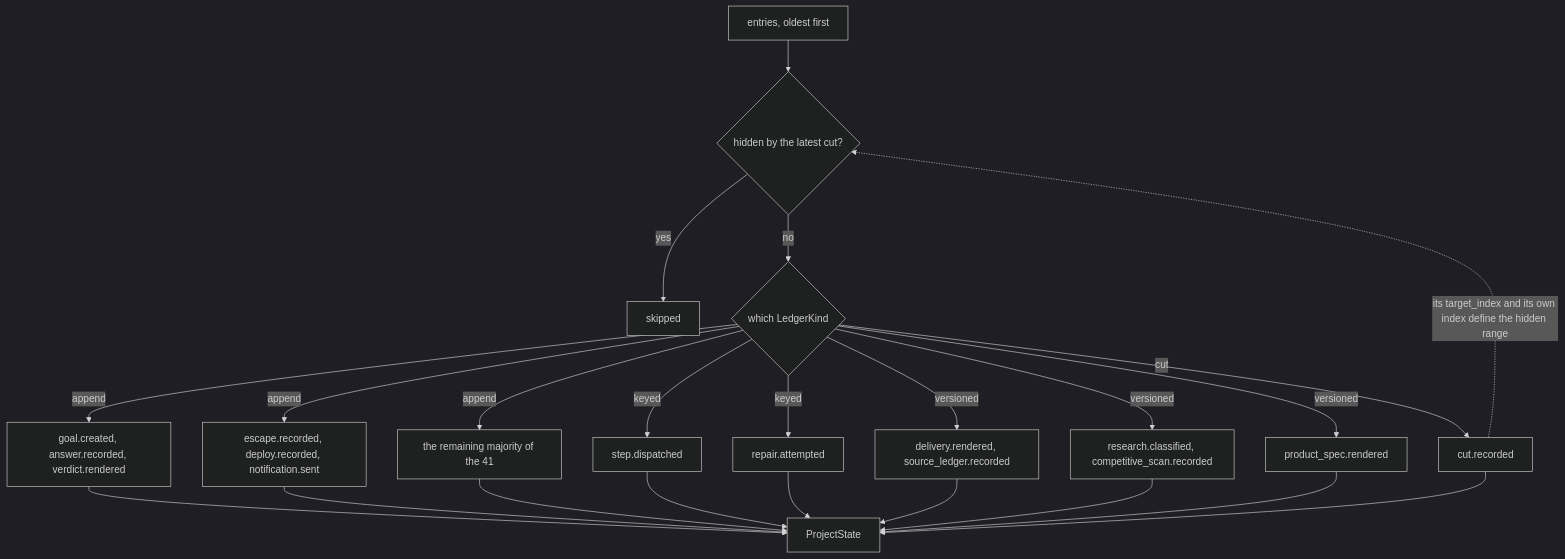
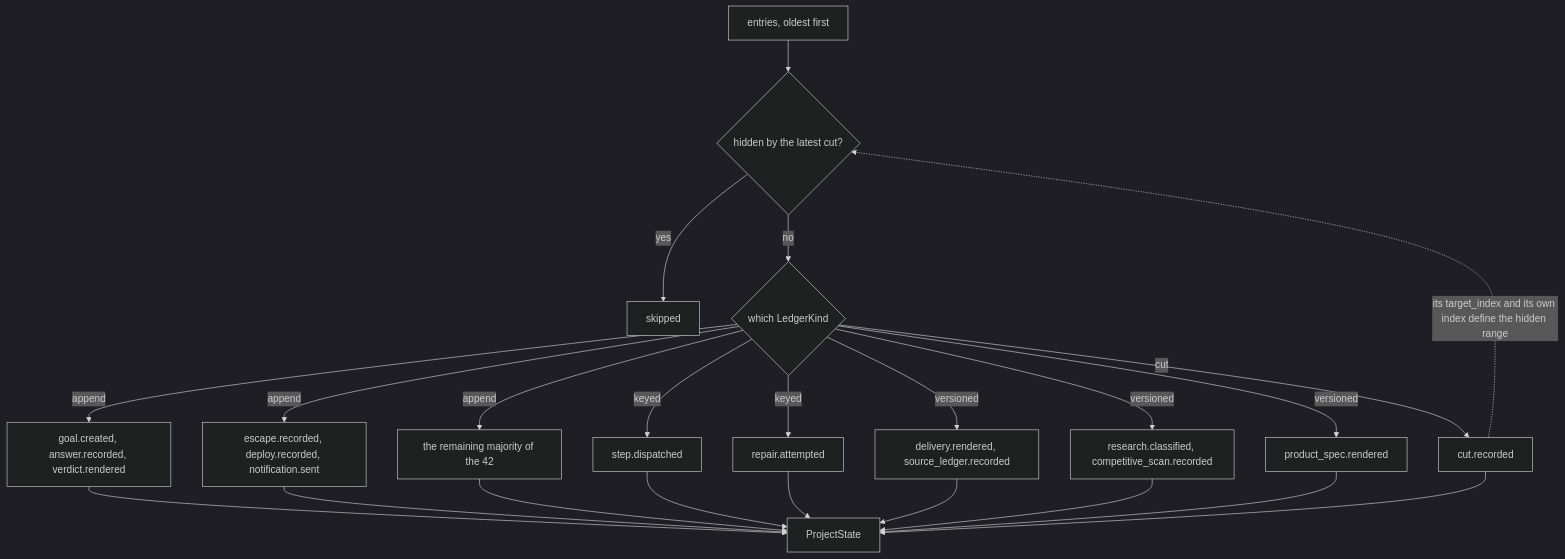
Before and after one commit to nyimbi/sofact: the ninth of 35 diagrams in README.md, drawn with Mermaid (dark theme). The commit also changed other lines of this file and 10 other files, not shown here.

````diff
--- a/README.md
+++ b/README.md
@@ -475,26 +475,26 @@
 ```mermaid
-%% fold(entries) -> ProjectState: the 41 LedgerKinds grouped by fold behaviour
+%% fold(entries) -> ProjectState: the 42 LedgerKinds grouped by fold behaviour
 flowchart TD
     E["entries, oldest first"] --> H{"hidden by the latest cut?"}
     H -->|"yes"| X["skipped"]
     H -->|"no"| K{"which LedgerKind"}
     K -->|"append"| A1["goal.created, answer.recorded, verdict.rendered"]
     K -->|"append"| A2["escape.recorded, deploy.recorded, notification.sent"]
-    K -->|"append"| A3["the remaining majority of the 41"]
+    K -->|"append"| A3["the remaining majority of the 42"]
     K -->|"keyed"| W1["step.dispatched"]
     K -->|"keyed"| W2["repair.attempted"]
     K -->|"versioned"| V1["delivery.rendered, source_ledger.recorded"]
     K -->|"versioned"| V2["research.classified, competitive_scan.recorded"]
     K -->|"versioned"| V3["product_spec.rendered"]
     K -->|"cut"| C1["cut.recorded"]
     A1 --> S["ProjectState"]
     A2 --> S
     A3 --> S
     W1 --> S
     W2 --> S
     V1 --> S
     V2 --> S
     V3 --> S
     C1 --> S
     C1 -.->|"its target_index and its own index define the hidden range"| H
 ```
````
